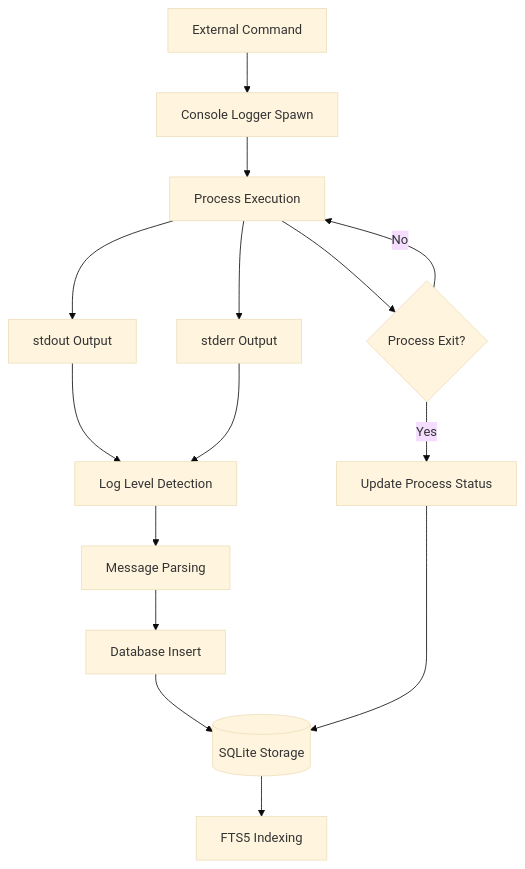
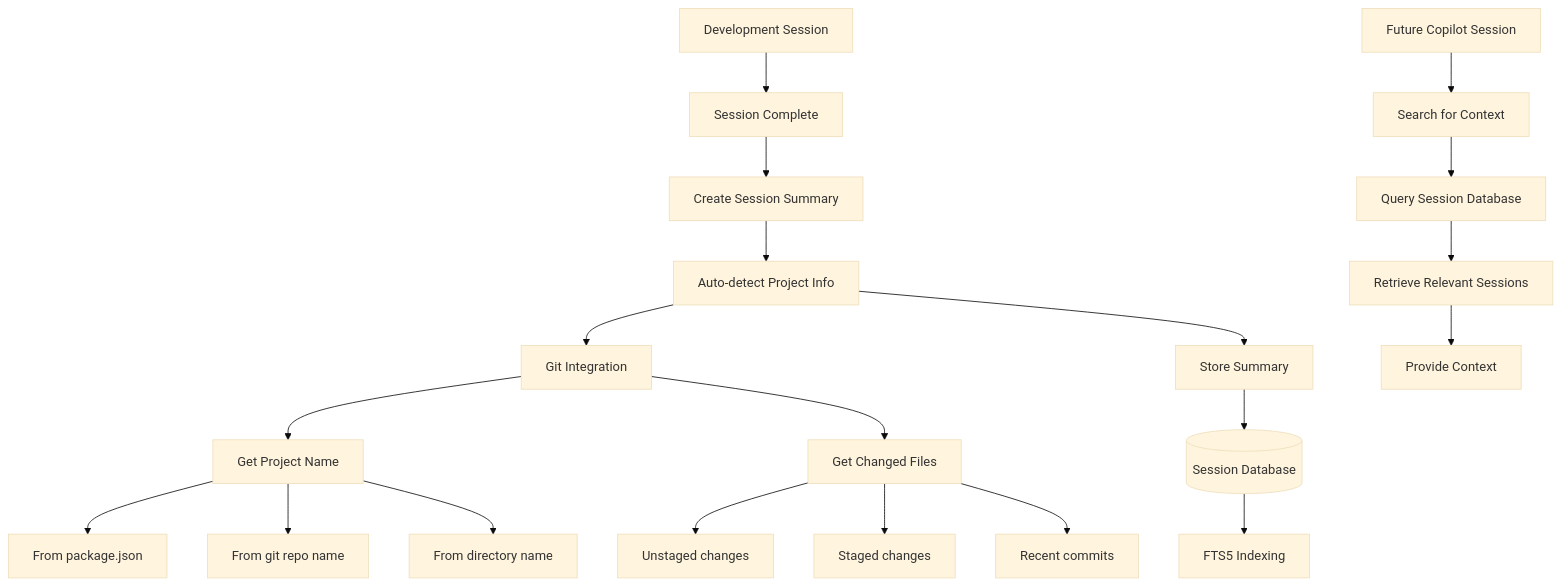
The seventh of 8 diagrams in DESIGN.md (bvelasquez/console_mcp), drawn with Mermaid (base theme) before and after one commit. The commit also changed other lines of this file and 6 other files, not shown here.

Commit message:
feat: implement session summary feature with auto-detection and search capabilities

````diff
--- a/DESIGN.md
+++ b/DESIGN.md
@@ -237,22 +301,27 @@
 ```mermaid
 flowchart TD
-    A[External Command] --> B[Console Logger Spawn]
-    B --> C[Process Execution]
+    A[Development Session] --> B[Session Complete]
+    B --> C[Create Session Summary]
+    C --> D[Auto-detect Project Info]
+    D --> E[Git Integration]
 
-    C --> D[stdout Output]
-    C --> E[stderr Output]
+    E --> F[Get Project Name]
+    E --> G[Get Changed Files]
 
-    D --> F[Log Level Detection]
-    E --> F
+    F --> H[From package.json]
+    F --> I[From git repo name]
+    F --> J[From directory name]
 
-    F --> G[Message Parsing]
-    G --> H[Database Insert]
+    G --> K[Unstaged changes]
+    G --> L[Staged changes]
+    G --> M[Recent commits]
 
-    H --> I[(SQLite Storage)]
-    I --> J[FTS5 Indexing]
+    D --> N[Store Summary]
+    N --> O[(Session Database)]
+    O --> P[FTS5 Indexing]
 
-    C --> K{Process Exit?}
-    K -->|No| C
-    K -->|Yes| L[Update Process Status]
-    L --> I
+    Q[Future Copilot Session] --> R[Search for Context]
+    R --> S[Query Session Database]
+    S --> T[Retrieve Relevant Sessions]
+    T --> U[Provide Context]
 ```
````
